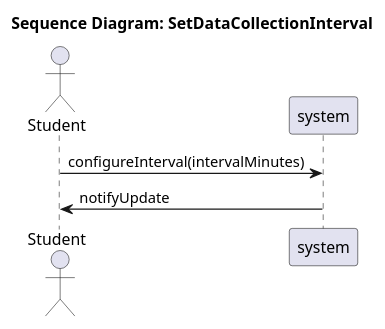
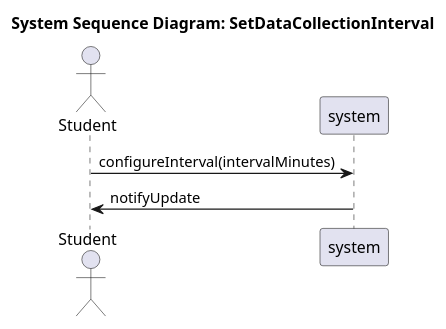
Before and after one commit to SEP4Real/SEP4: the diagram in Documentation/Analysis/ssds/StudyHelper_SetDataCollectionInterval.ssd.puml, drawn with PlantUML. The commit also changed 26 other files, not shown here.

Commit message:
[Fix] Old diagram fixes

```diff
--- a/Documentation/Analysis/ssds/StudyHelper_SetDataCollectionInterval.ssd.puml
+++ b/Documentation/Analysis/ssds/StudyHelper_SetDataCollectionInterval.ssd.puml
@@ -1,8 +1,8 @@
 @startuml
-title Sequence Diagram: SetDataCollectionInterval
+title System Sequence Diagram: SetDataCollectionInterval
 actor "Student" as Actor
 participant "system" as System
 
 Actor -> System : configureInterval(intervalMinutes)
 System -> Actor : notifyUpdate
 @enduml
```
